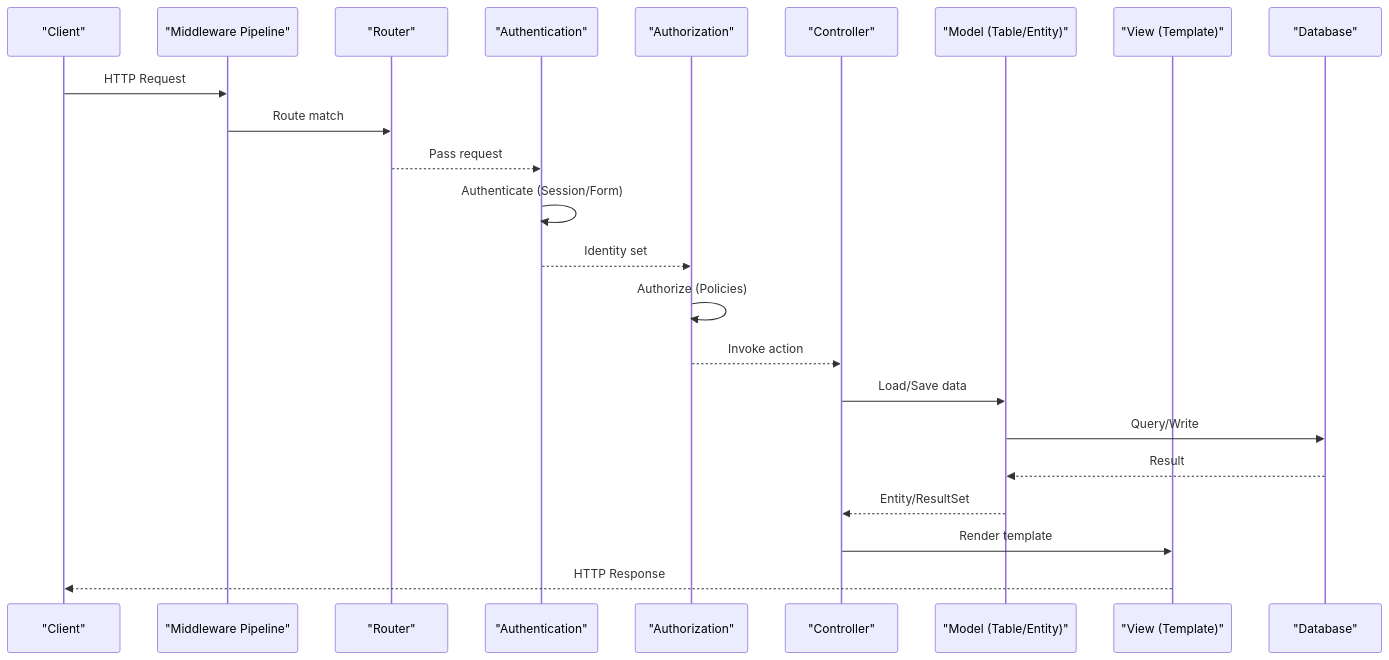
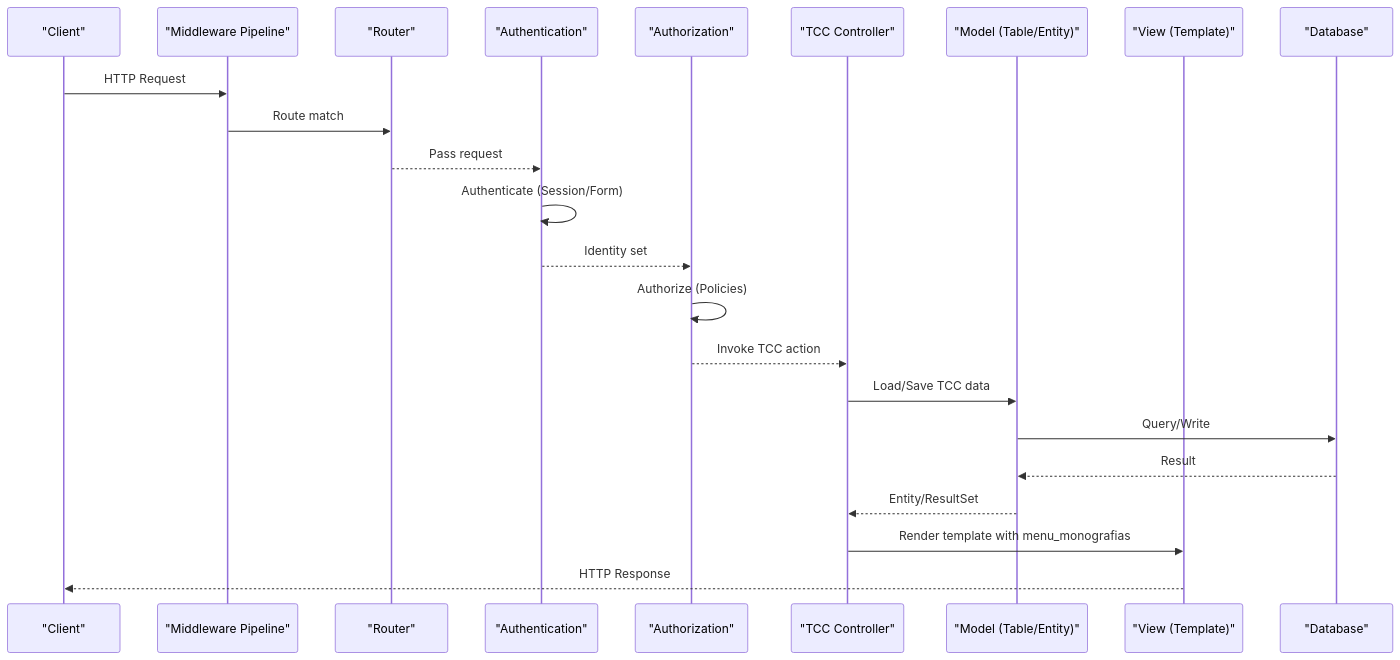
The second of 10 diagrams in .qoder/repowiki/en/content/Architecture Overview/Architecture Overview.md (luiseduacosta/tcc4), drawn with Mermaid before and after one commit. The commit also changed other lines of this file and 101 other files, not shown here.

````diff
--- a/.qoder/repowiki/en/content/Architecture Overview/Architecture Overview.md
+++ b/.qoder/repowiki/en/content/Architecture Overview/Architecture Overview.md
@@ -99,25 +103,25 @@
 ```mermaid
 sequenceDiagram
 participant C as "Client"
 participant MW as "Middleware Pipeline"
 participant R as "Router"
 participant A as "Authentication"
 participant Z as "Authorization"
-participant Ctrl as "Controller"
+participant Ctrl as "TCC Controller"
 participant Mod as "Model (Table/Entity)"
 participant V as "View (Template)"
 participant DB as "Database"
 C->>MW : HTTP Request
 MW->>R : Route match
 R-->>A : Pass request
 A->>A : Authenticate (Session/Form)
 A-->>Z : Identity set
 Z->>Z : Authorize (Policies)
-Z-->>Ctrl : Invoke action
-Ctrl->>Mod : Load/Save data
+Z-->>Ctrl : Invoke TCC action
+Ctrl->>Mod : Load/Save TCC data
 Mod->>DB : Query/Write
 DB-->>Mod : Result
 Mod-->>Ctrl : Entity/ResultSet
-Ctrl->>V : Render template
+Ctrl->>V : Render template with menu_monografias
 V-->>C : HTTP Response
 ```
````
